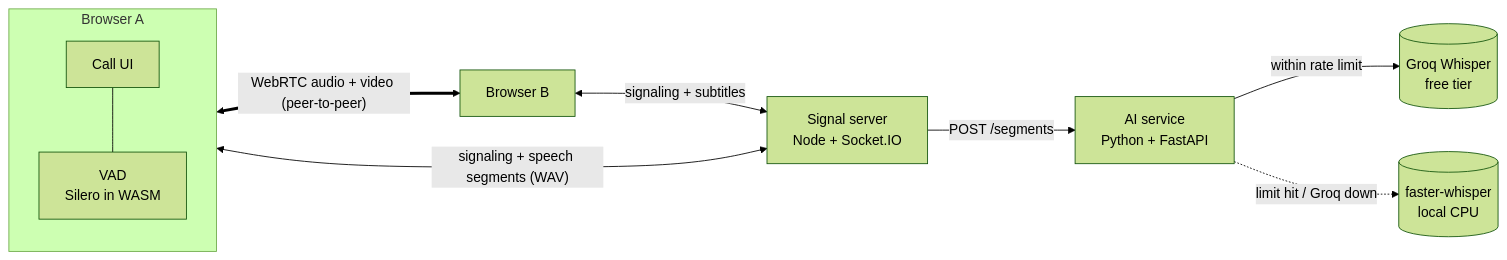
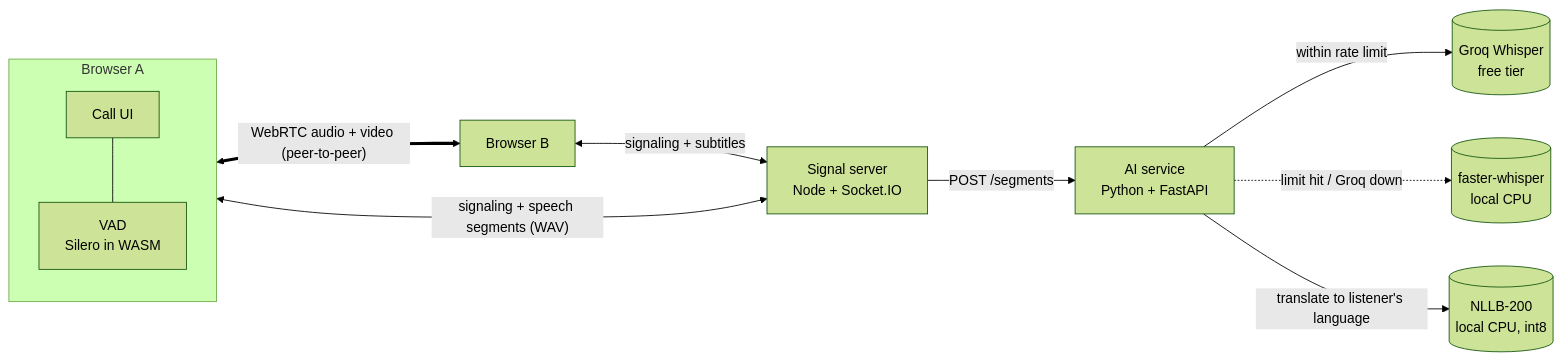
Before and after one commit to kazzi-dev/usap: the diagram in README.md, drawn with Mermaid (forest theme). The commit also changed other lines of this file and 31 other files, not shown here.

````diff
--- a/README.md
+++ b/README.md
@@ -26,18 +25,20 @@
 ```mermaid
 flowchart LR
     subgraph A[Browser A]
       UI_A[Call UI] --- VAD_A[VAD<br/>Silero in WASM]
     end
     B[Browser B]
     S[Signal server<br/>Node + Socket.IO]
     AI[AI service<br/>Python + FastAPI]
     G[(Groq Whisper<br/>free tier)]
     L[(faster-whisper<br/>local CPU)]
+    N[(NLLB-200<br/>local CPU, int8)]
 
     A <== "WebRTC audio + video (peer-to-peer)" ==> B
     A <-- "signaling + speech segments (WAV)" --> S
     B <-- "signaling + subtitles" --> S
     S -- "POST /segments" --> AI
     AI -- "within rate limit" --> G
     AI -. "limit hit / Groq down" .-> L
+    AI -- "translate to listener's language" --> N
 ```
````
